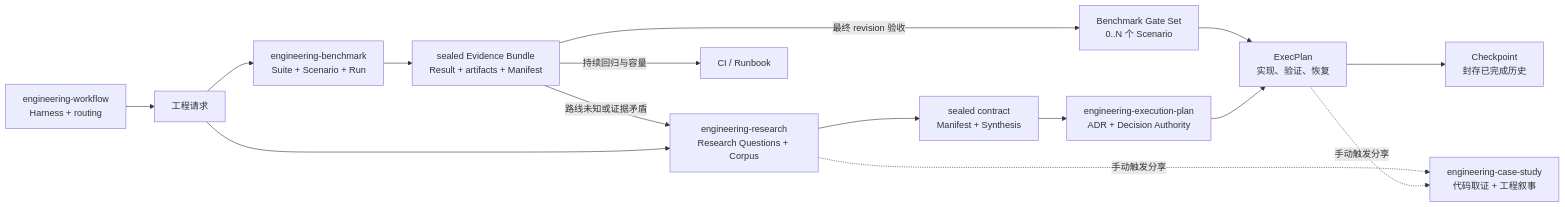
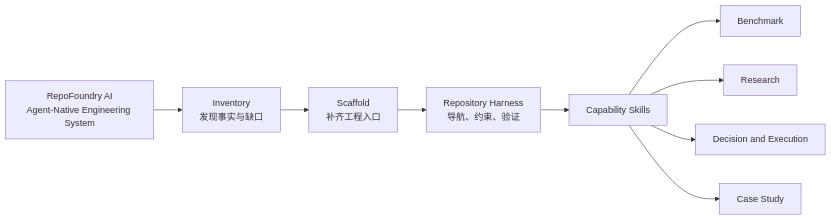
One commit to XiaoWeiKIN/RepoFoundryAI changed the first of 2 diagrams in README.zh-CN.md. Above: the diagram before and after it, drawn with Mermaid. The commit also changed other lines of this file and 36 other files, not shown here.

Commit message:
feat: rebrand project as RepoFoundry AI

````diff
--- a/README.zh-CN.md
+++ b/README.zh-CN.md
@@ -25,17 +21,12 @@
 ```mermaid
 flowchart LR
-    W["engineering-workflow<br/>Harness + routing"] --> U["工程请求"]
-    U --> B["engineering-benchmark<br/>Suite + Scenario + Run"]
-    B --> M0["sealed Evidence Bundle<br/>Result + artifacts + Manifest"]
-    M0 -->|"路线未知或证据矛盾"| R["engineering-research<br/>Research Questions + Corpus"]
-    M0 -->|"最终 revision 验收"| G["Benchmark Gate Set<br/>0..N 个 Scenario"]
-    G --> E
-    M0 -->|"持续回归与容量"| O["CI / Runbook"]
-    U --> R
-    R --> M["sealed contract<br/>Manifest + Synthesis"]
-    M --> A["engineering-execution-plan<br/>ADR + Decision Authority"]
-    A --> E["ExecPlan<br/>实现、验证、恢复"]
-    E --> C["Checkpoint<br/>封存已完成历史"]
-    R -. "手动触发分享" .-> S["engineering-case-study<br/>代码取证 + 工程叙事"]
-    E -. "手动触发分享" .-> S
+    F["RepoFoundry AI<br/>Agent-Native Engineering System"]
+    F --> I["Inventory<br/>发现事实与缺口"]
+    I --> S["Scaffold<br/>补齐工程入口"]
+    S --> H["Repository Harness<br/>导航、约束、验证"]
+    H --> C["Capability Skills"]
+    C --> B["Benchmark"]
+    C --> R["Research"]
+    C --> E["Decision and Execution"]
+    C --> W["Case Study"]
 ```
````
